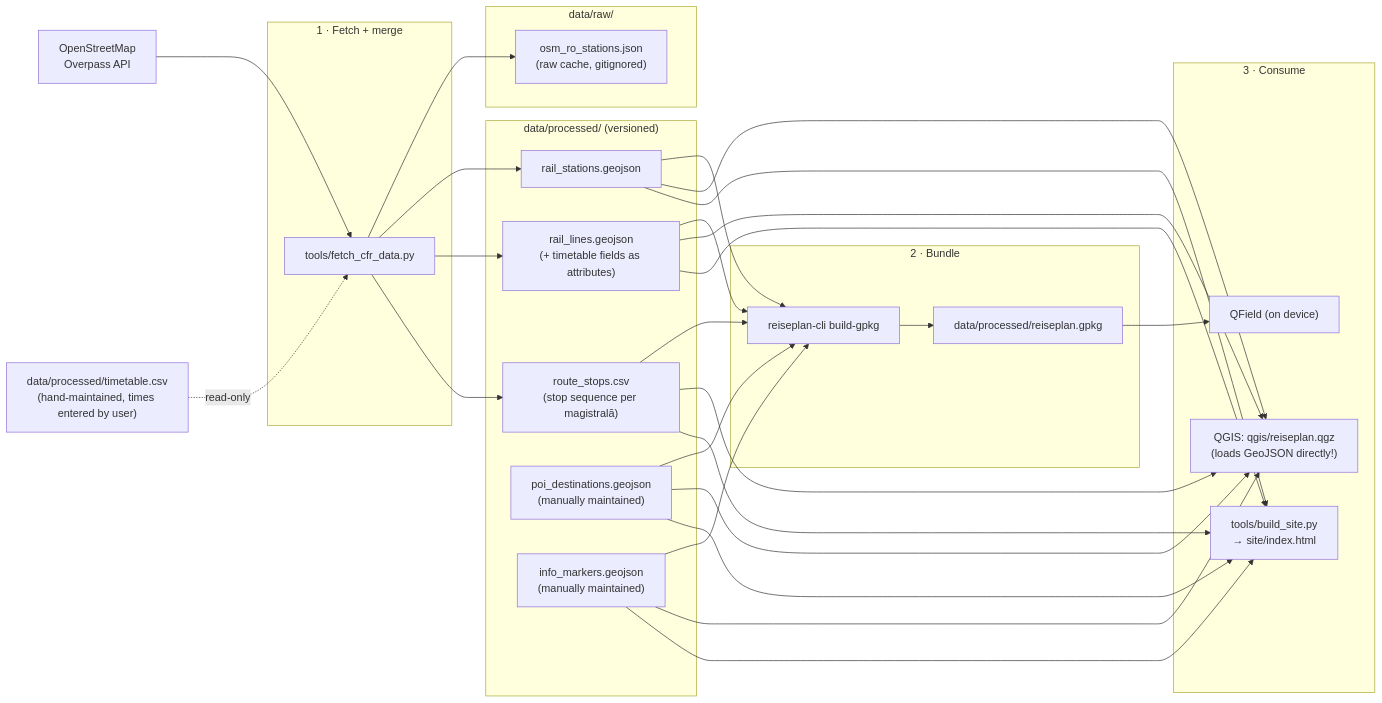
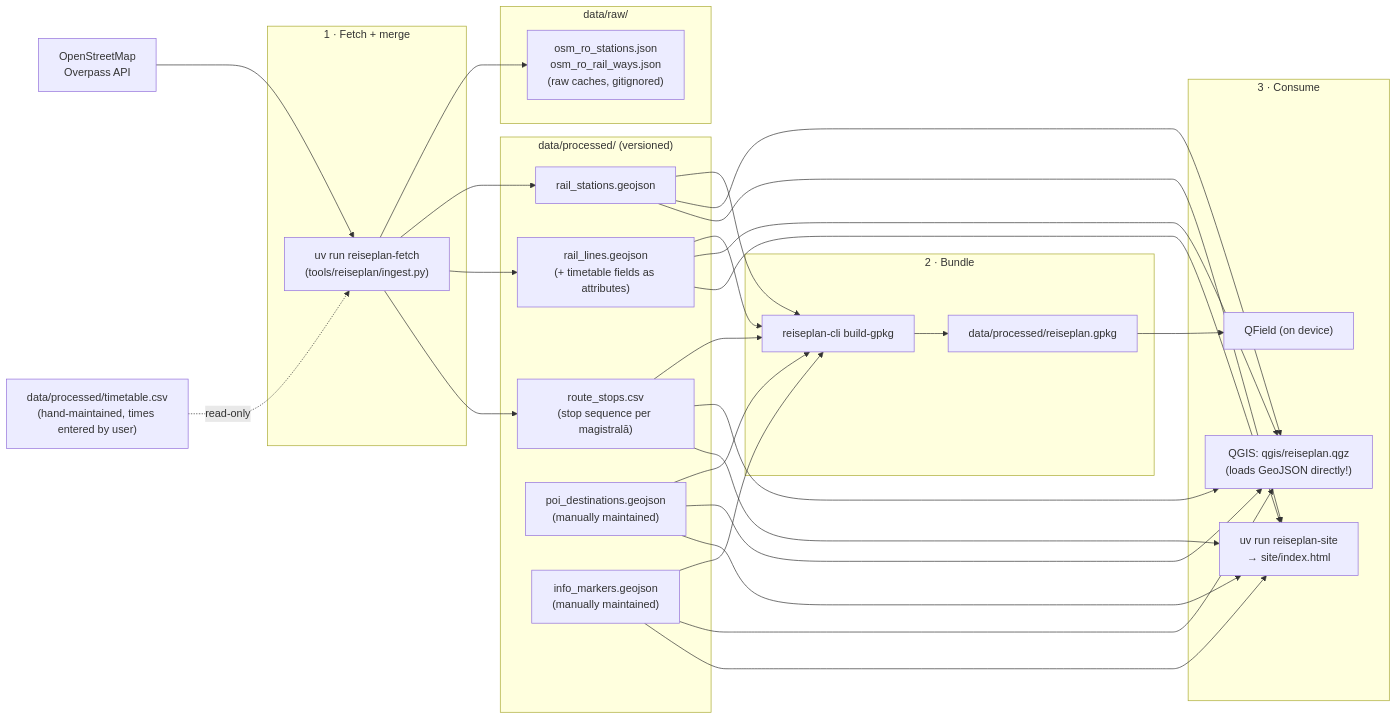
One commit to yuszuv/ulmer-schachtel changed the first of 5 diagrams in docs/06_cfr_data_fetch.md. Above: the diagram before and after it, drawn with Mermaid. The commit also changed other lines of this file and 5 other files, not shown here.

````diff
--- a/docs/06_cfr_data_fetch.md
+++ b/docs/06_cfr_data_fetch.md
@@ -18,42 +18,42 @@
 ```mermaid
 flowchart LR
     OSM["OpenStreetMap\nOverpass API"]
     TT["data/processed/timetable.csv\n(hand-maintained, times entered by user)"]
 
     subgraph fetch ["1 · Fetch + merge"]
-        FP["tools/fetch_cfr_data.py"]
+        FP["uv run reiseplan-fetch\n(tools/reiseplan/ingest.py)"]
     end
 
     subgraph raw ["data/raw/"]
-        R1["osm_ro_stations.json\n(raw cache, gitignored)"]
+        R1["osm_ro_stations.json\nosm_ro_rail_ways.json\n(raw caches, gitignored)"]
     end
 
     subgraph processed ["data/processed/  (versioned)"]
         P1["rail_stations.geojson"]
         P2["rail_lines.geojson\n(+ timetable fields as attributes)"]
         P3["route_stops.csv\n(stop sequence per magistrală)"]
         P4["poi_destinations.geojson\n(manually maintained)"]
         P5["info_markers.geojson\n(manually maintained)"]
     end
 
     subgraph bundle ["2 · Bundle"]
         CLI["reiseplan-cli build-gpkg"]
         GPKG["data/processed/reiseplan.gpkg"]
     end
 
     subgraph consume ["3 · Consume"]
         QGIS["QGIS: qgis/reiseplan.qgz\n(loads GeoJSON directly!)"]
         QF["QField (on device)"]
-        WEB["tools/build_site.py\n→ site/index.html"]
+        WEB["uv run reiseplan-site\n→ site/index.html"]
     end
 
     OSM --> FP
     TT -. "read-only" .-> FP
     FP --> R1
     FP --> P1 & P2 & P3
     P1 & P2 & P3 & P4 & P5 --> CLI
     CLI --> GPKG
     GPKG --> QF
     P1 & P2 & P3 & P4 & P5 --> QGIS
     P1 & P2 & P3 & P4 & P5 --> WEB
 ```
````
